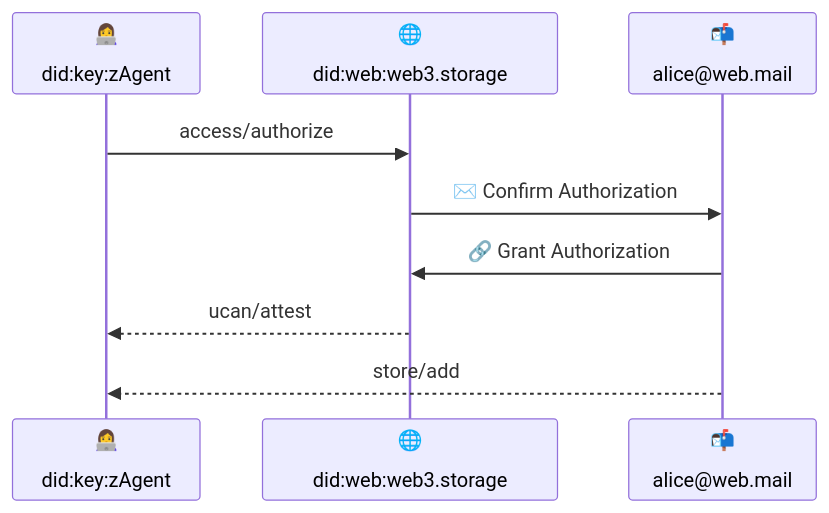
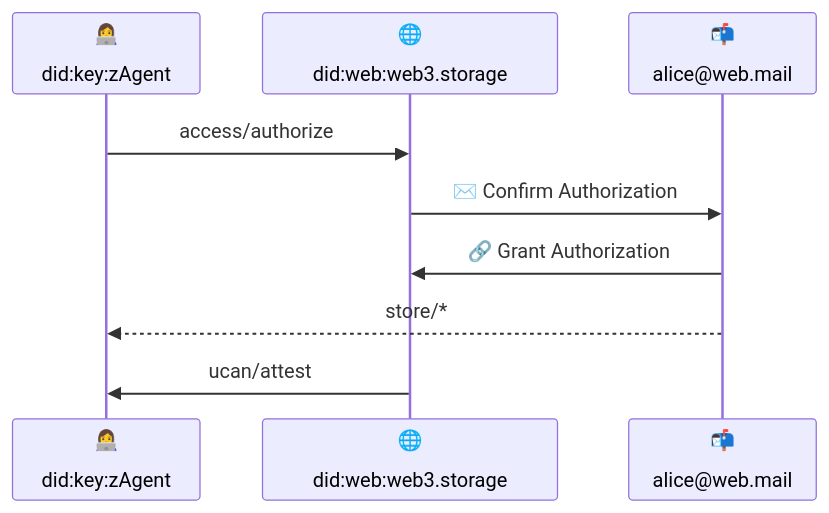
The diagram in w3-session.md (storacha/specs), drawn with Mermaid before and after one commit. The commit also changed other lines of this file and 1 other file, not shown here.

````diff
--- a/w3-session.md
+++ b/w3-session.md
@@ -84,13 +82,13 @@
 ```mermaid
 sequenceDiagram
   participant Agent as 👩‍💻<br/><br/>did:key:zAgent
   participant W3 as 🌐<br/><br/>did:web:web3.storage #32;
   participant Email as 📬<br/><br/>alice@web.mail
 
   Agent ->> W3: access/authorize
   
   W3 ->> Email: ✉️ Confirm Authorization 
   Email ->> W3: 🔗 Grant Authorization
-  W3 -->> Agent: ucan/attest
-  Email -->> Agent: store/add
+  Email -->> Agent: store/*
+  W3 ->> Agent: ucan/attest
 ```
````
